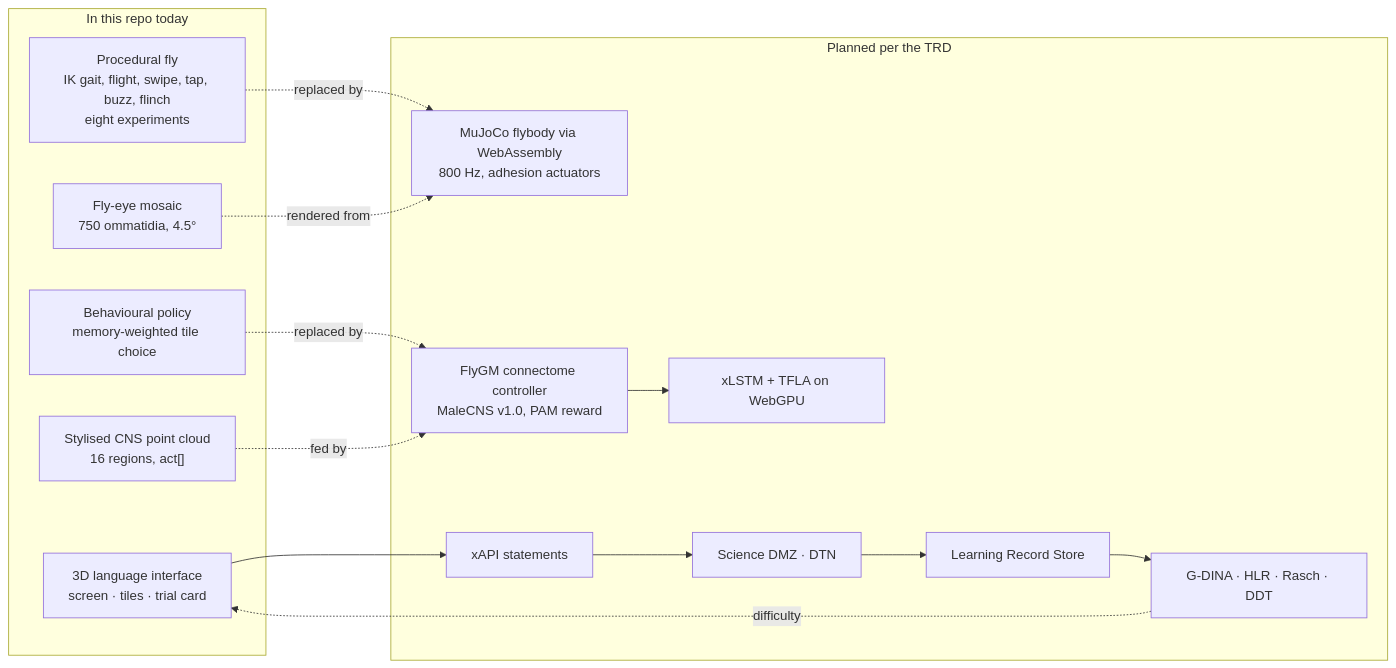
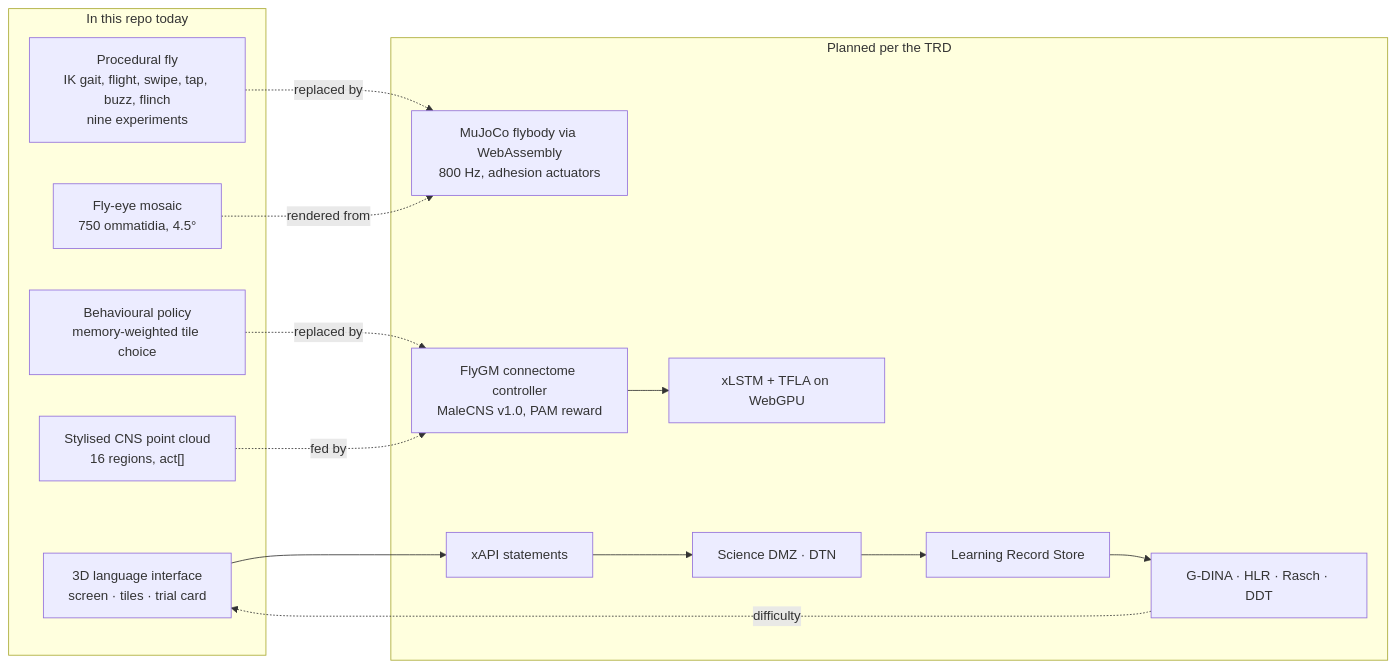
Before and after one commit to jayrosen-design/fly-lingo: the fourth of 4 diagrams in README.md, drawn with Mermaid. The commit also changed other lines of this file and 7 other files, not shown here.

````diff
--- a/README.md
+++ b/README.md
@@ -408,26 +438,26 @@
 ```mermaid
 flowchart LR
   subgraph Now["In this repo today"]
     UI["3D language interface<br/>screen · tiles · trial card"]
-    FlyP["Procedural fly<br/>IK gait, flight, swipe, tap, buzz, flinch<br/>eight experiments"]
+    FlyP["Procedural fly<br/>IK gait, flight, swipe, tap, buzz, flinch<br/>nine experiments"]
     Policy["Behavioural policy<br/>memory-weighted tile choice"]
     BrainViz["Stylised CNS point cloud<br/>16 regions, act[]"]
     Eye["Fly-eye mosaic<br/>750 ommatidia, 4.5°"]
   end
   subgraph Planned["Planned per the TRD"]
     MuJoCo["MuJoCo flybody via WebAssembly<br/>800 Hz, adhesion actuators"]
     FlyGM["FlyGM connectome controller<br/>MaleCNS v1.0, PAM reward"]
     xLSTM["xLSTM + TFLA on WebGPU"]
     xAPI["xAPI statements"]
     DMZ["Science DMZ · DTN"]
     LRS["Learning Record Store"]
     Eval["G-DINA · HLR · Rasch · DDT"]
   end
   Policy -. replaced by .-> FlyGM
   FlyP -. replaced by .-> MuJoCo
   BrainViz -. fed by .-> FlyGM
   Eye -. rendered from .-> MuJoCo
   UI --> xAPI --> DMZ --> LRS --> Eval
   Eval -. difficulty .-> UI
   FlyGM --> xLSTM
 ```
````
